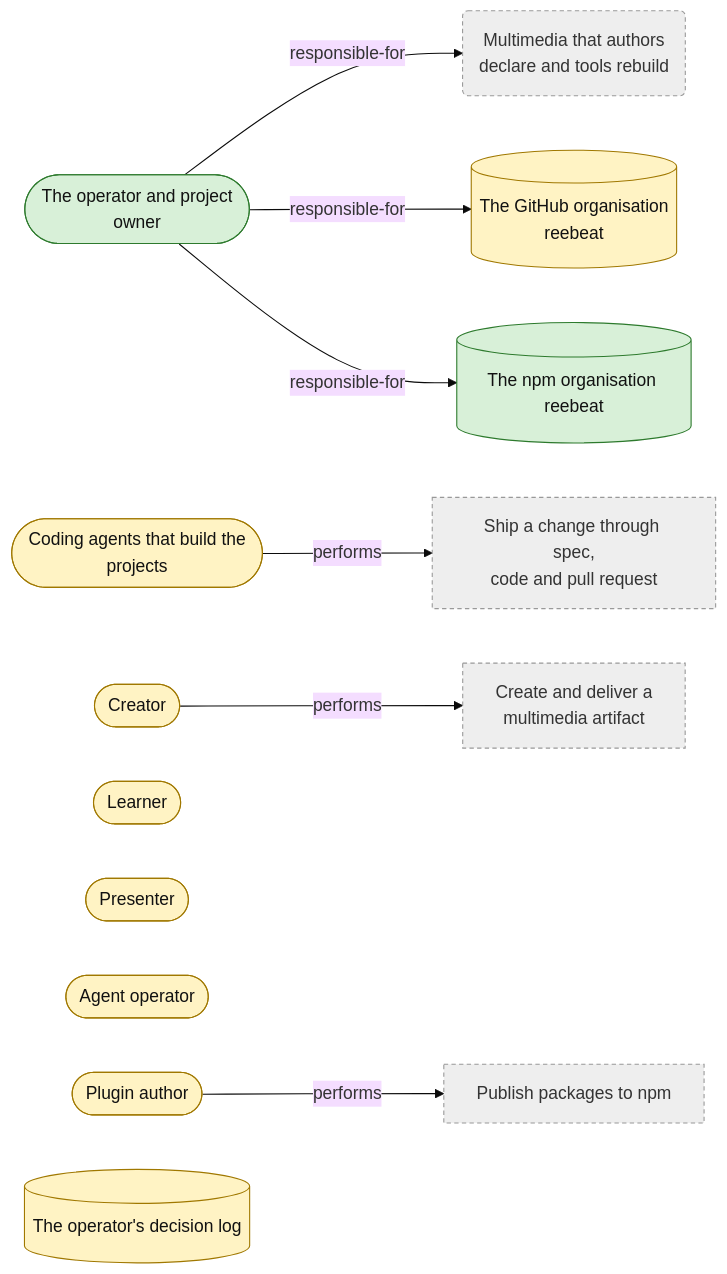
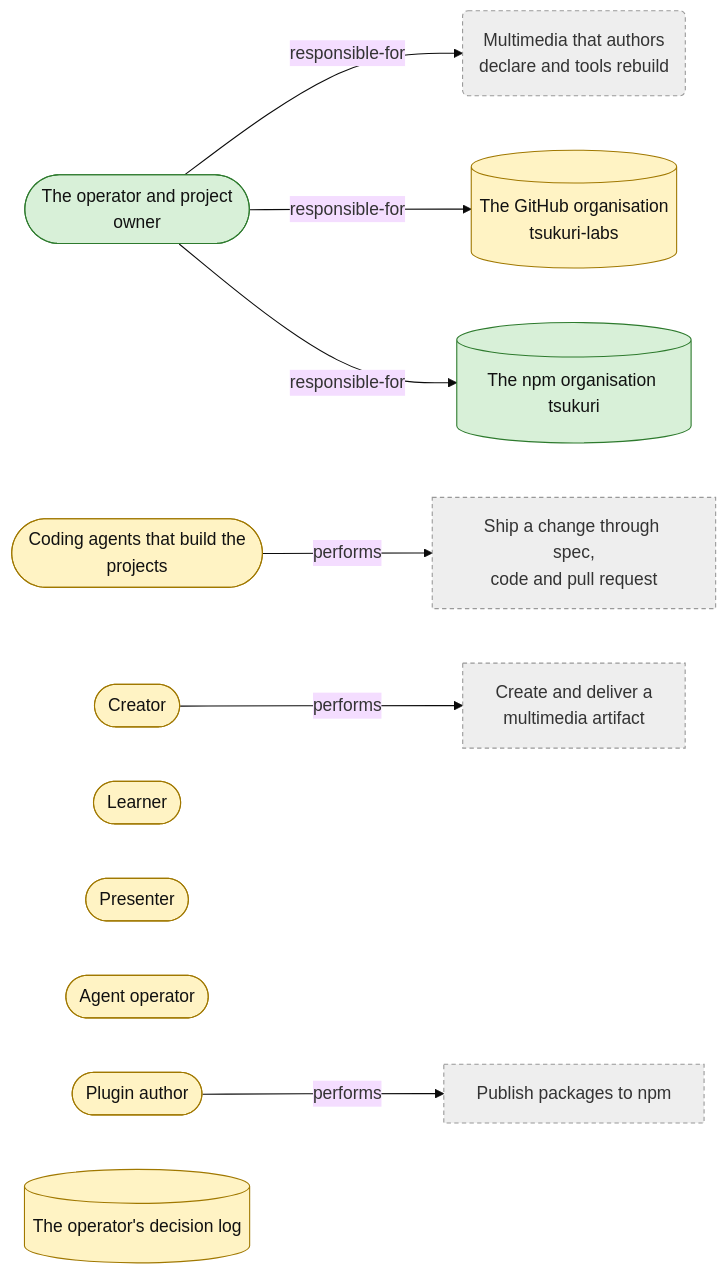
The first of 4 diagrams in docs/actors-and-resources.md (reebeat/.github), drawn with Mermaid (base theme) before and after one commit. The commit also changed other lines of this file and 71 other files, not shown here.

First line of the commit message:
chore: rename reebeat to tsukuri (spec 0003)

````diff
--- a/docs/actors-and-resources.md
+++ b/docs/actors-and-resources.md
@@ -13,27 +13,27 @@
 ```mermaid
 flowchart LR
     classDef decided fill:#d8f0d8,stroke:#2d7a2d,color:#111
     classDef proposed fill:#fff3c4,stroke:#a07800,color:#111
     classDef open fill:#f8d7d7,stroke:#a02020,color:#111
     classDef outside fill:#eee,stroke:#999,color:#333,stroke-dasharray:4 3
     actor_operator(["The operator and project<br/>owner"]):::decided
     actor_contributor_agent(["Coding agents that build the<br/>projects"]):::proposed
     actor_creator(["Creator"]):::proposed
     actor_learner(["Learner"]):::proposed
     actor_presenter(["Presenter"]):::proposed
     actor_agent_operator(["Agent operator"]):::proposed
     actor_plugin_author(["Plugin author"]):::proposed
-    resource_github_org[("The GitHub organisation<br/>reebeat")]:::proposed
-    resource_npm_org[("The npm organisation reebeat")]:::decided
+    resource_github_org[("The GitHub organisation<br/>tsukuri-labs")]:::proposed
+    resource_npm_org[("The npm organisation tsukuri")]:::decided
     resource_decision_log[("The operator's decision log")]:::proposed
     goal_org_vision("Multimedia that authors<br/>declare and tools rebuild"):::outside
     process_org_ship_change["Ship a change through spec,<br/>code and pull request"]:::outside
     process_org_create_and_deliver["Create and deliver a<br/>multimedia artifact"]:::outside
     process_org_publish_packages["Publish packages to npm"]:::outside
     actor_operator -->|responsible-for| goal_org_vision
     actor_operator -->|responsible-for| resource_github_org
     actor_operator -->|responsible-for| resource_npm_org
     actor_contributor_agent -->|performs| process_org_ship_change
     actor_creator -->|performs| process_org_create_and_deliver
     actor_plugin_author -->|performs| process_org_publish_packages
 ```
````
